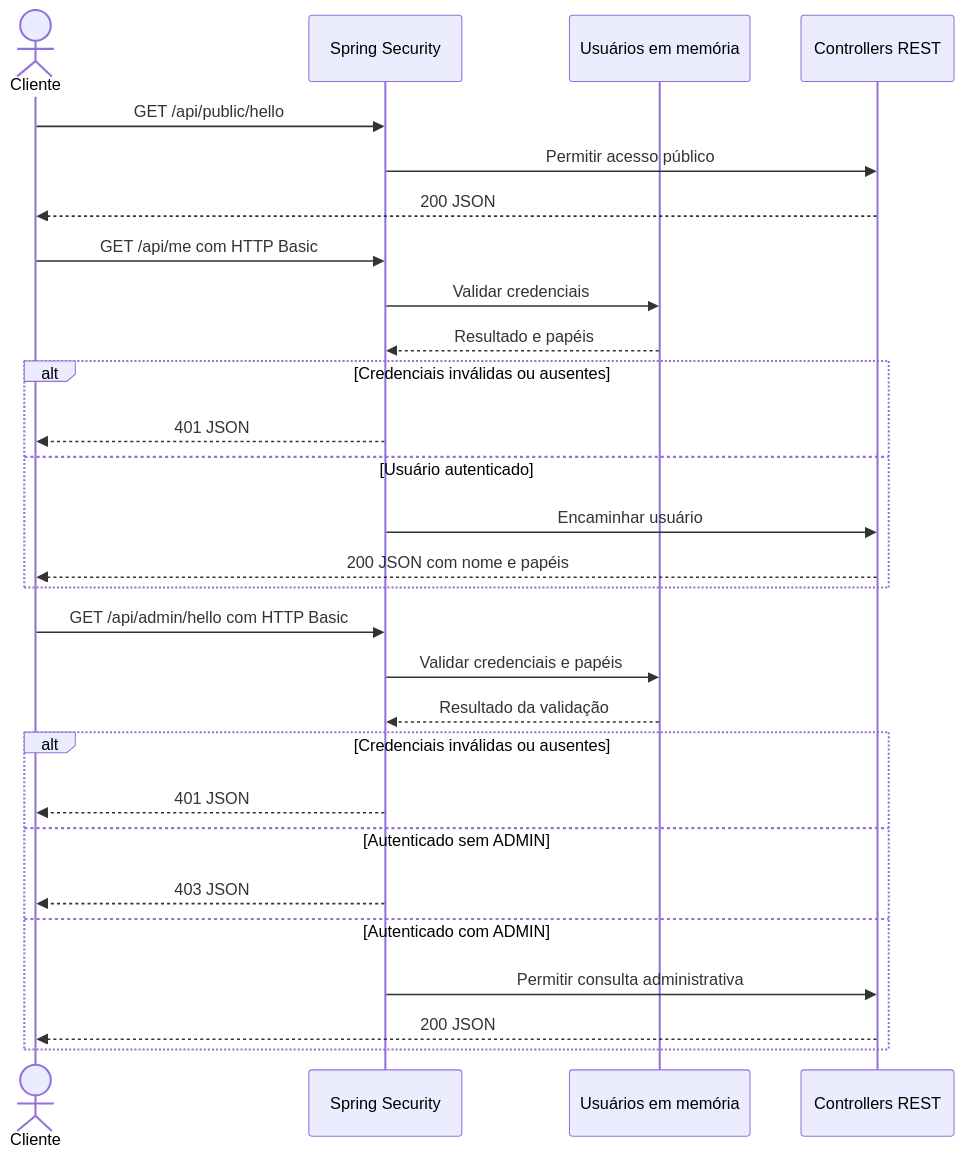
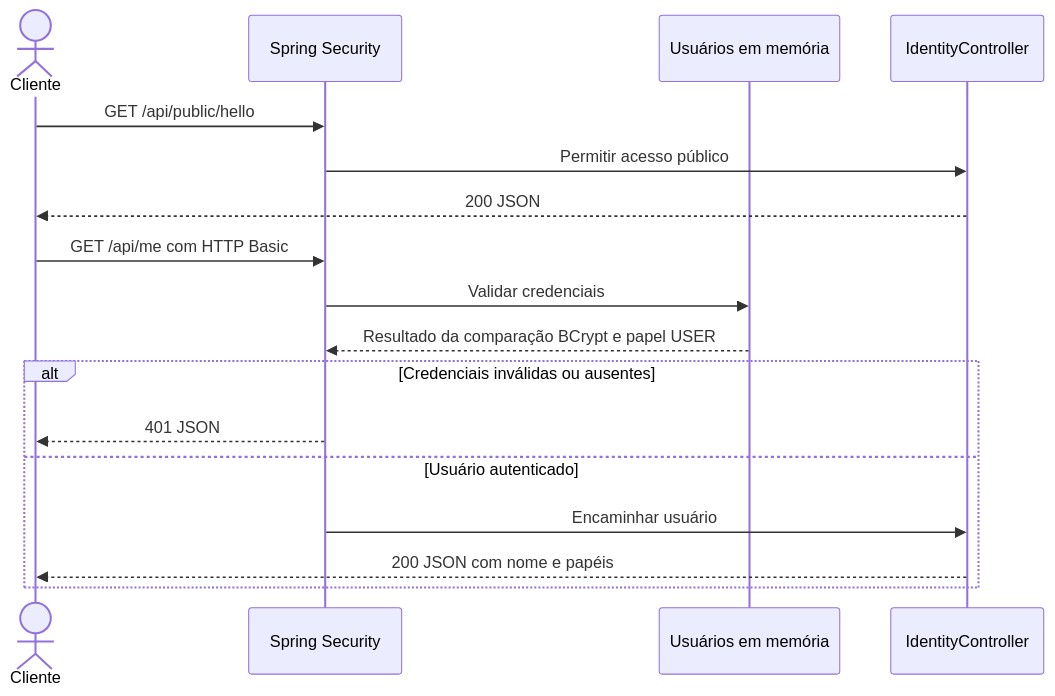
The third of 3 diagrams in docs/diagramas.md (Emersonfarias93/spring-security), drawn with Mermaid before and after one commit. The commit also changed other lines of this file and 8 other files, not shown here.

Commit message:
feat: permitir consulta publica e identificacao autenticada

````diff
--- a/docs/diagramas.md
+++ b/docs/diagramas.md
@@ -47,33 +51,21 @@
 ```mermaid
 sequenceDiagram
     actor Cliente
     participant Seguranca as Spring Security
     participant Usuarios as Usuários em memória
-    participant API as Controllers REST
+    participant API as IdentityController
 
     Cliente->>Seguranca: GET /api/public/hello
     Seguranca->>API: Permitir acesso público
     API-->>Cliente: 200 JSON
 
     Cliente->>Seguranca: GET /api/me com HTTP Basic
     Seguranca->>Usuarios: Validar credenciais
-    Usuarios-->>Seguranca: Resultado e papéis
+    Usuarios-->>Seguranca: Resultado da comparação BCrypt e papel USER
     alt Credenciais inválidas ou ausentes
         Seguranca-->>Cliente: 401 JSON
     else Usuário autenticado
         Seguranca->>API: Encaminhar usuário
         API-->>Cliente: 200 JSON com nome e papéis
     end
-
-    Cliente->>Seguranca: GET /api/admin/hello com HTTP Basic
-    Seguranca->>Usuarios: Validar credenciais e papéis
-    Usuarios-->>Seguranca: Resultado da validação
-    alt Credenciais inválidas ou ausentes
-        Seguranca-->>Cliente: 401 JSON
-    else Autenticado sem ADMIN
-        Seguranca-->>Cliente: 403 JSON
-    else Autenticado com ADMIN
-        Seguranca->>API: Permitir consulta administrativa
-        API-->>Cliente: 200 JSON
-    end
 ```
````
